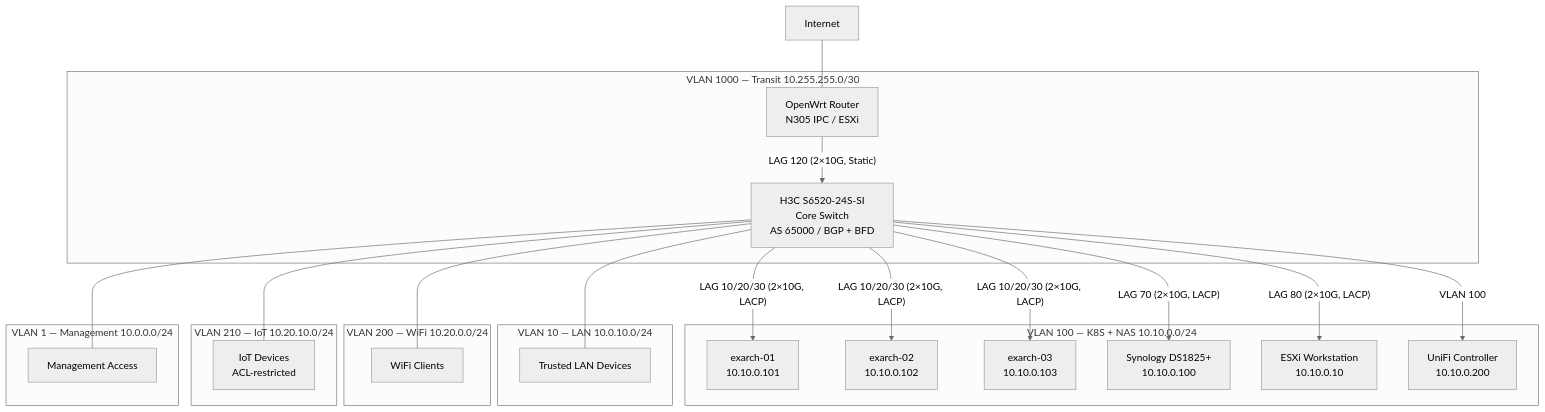
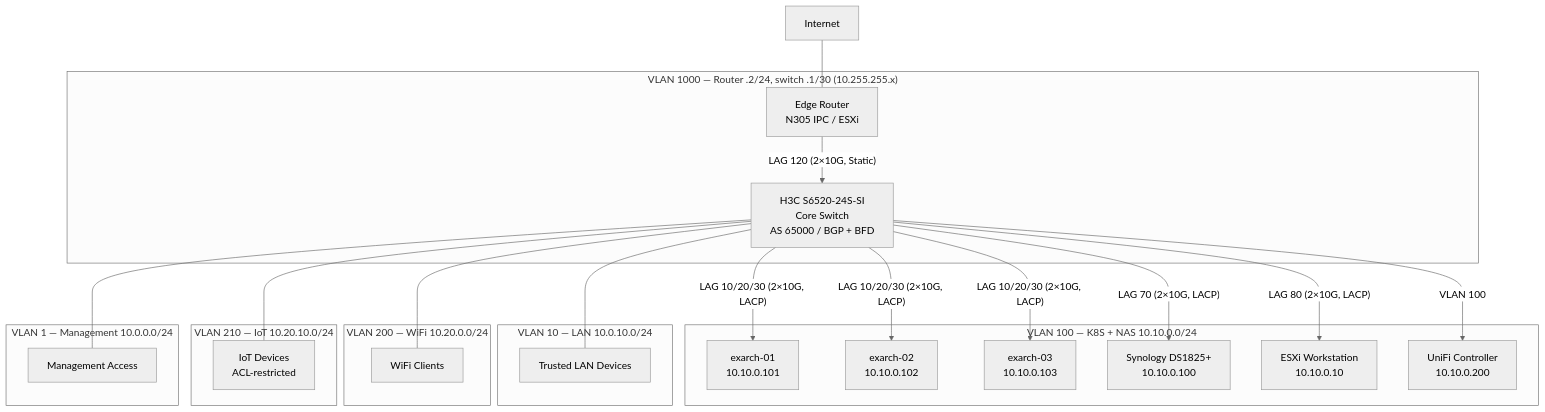
Before and after one commit to soulwhisper/home-ops: the diagram in docs/infrastructure/networking.md, drawn with Mermaid (neutral theme). The commit also changed other lines of this file and 66 other files, not shown here.

````diff
--- a/docs/infrastructure/networking.md
+++ b/docs/infrastructure/networking.md
@@ -45,43 +45,43 @@
 ```mermaid
 graph TD
     INTERNET["Internet"]
-    ROUTER["OpenWrt Router<br/>N305 IPC / ESXi"]
+    ROUTER["Edge Router<br/>N305 IPC / ESXi"]
     SWITCH["H3C S6520-24S-SI<br/>Core Switch<br/>AS 65000 / BGP + BFD"]
     NODE1["exarch-01<br/>10.10.0.101"]
     NODE2["exarch-02<br/>10.10.0.102"]
     NODE3["exarch-03<br/>10.10.0.103"]
     NAS["Synology DS1825+<br/>10.10.0.100"]
     WS["ESXi Workstation<br/>10.10.0.10"]
     UNIFI["UniFi Controller<br/>10.10.0.200"]
 
     INTERNET --- ROUTER
 
-    subgraph "VLAN 1000 — Transit 10.255.255.0/30"
+    subgraph "VLAN 1000 — Router .2/24, switch .1/30 (10.255.255.x)"
         ROUTER -->|"LAG 120 (2×10G, Static)"| SWITCH
     end
 
     subgraph "VLAN 100 — K8S + NAS 10.10.0.0/24"
         SWITCH -->|"LAG 10/20/30 (2×10G, LACP)"| NODE1
         SWITCH -->|"LAG 10/20/30 (2×10G, LACP)"| NODE2
         SWITCH -->|"LAG 10/20/30 (2×10G, LACP)"| NODE3
         SWITCH -->|"LAG 70 (2×10G, LACP)"| NAS
         SWITCH -->|"LAG 80 (2×10G, LACP)"| WS
         SWITCH -->|"VLAN 100"| UNIFI
     end
 
     subgraph "VLAN 10 — LAN 10.0.10.0/24"
         SWITCH --- LAN["Trusted LAN Devices"]
     end
 
     subgraph "VLAN 200 — WiFi 10.20.0.0/24"
         SWITCH --- WIFI["WiFi Clients"]
     end
 
     subgraph "VLAN 210 — IoT 10.20.10.0/24"
         SWITCH --- IOT["IoT Devices<br/>ACL-restricted"]
     end
 
     subgraph "VLAN 1 — Management 10.0.0.0/24"
         SWITCH --- MGMT["Management Access"]
     end
 ```
````
